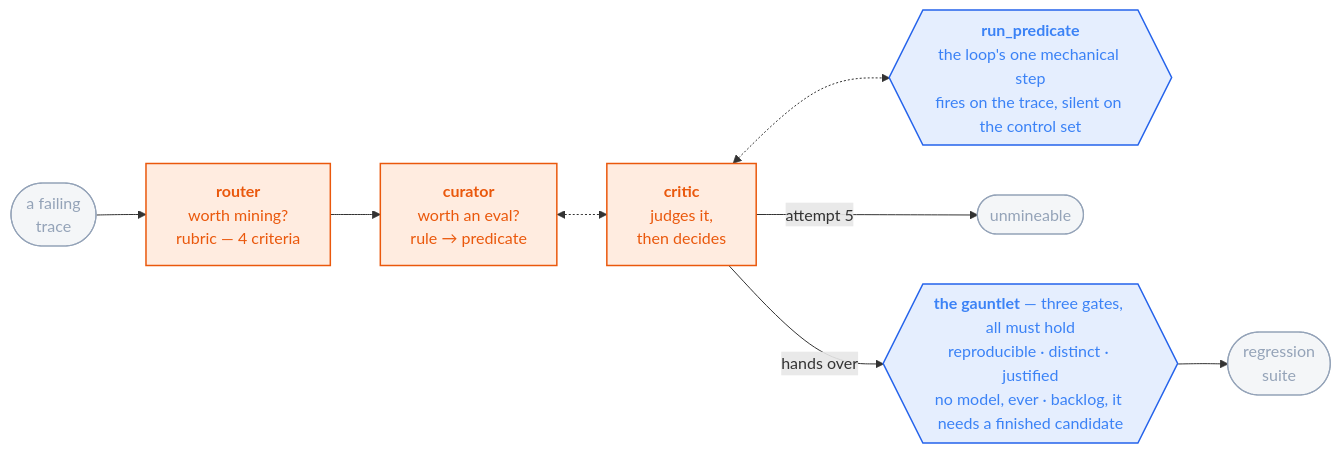
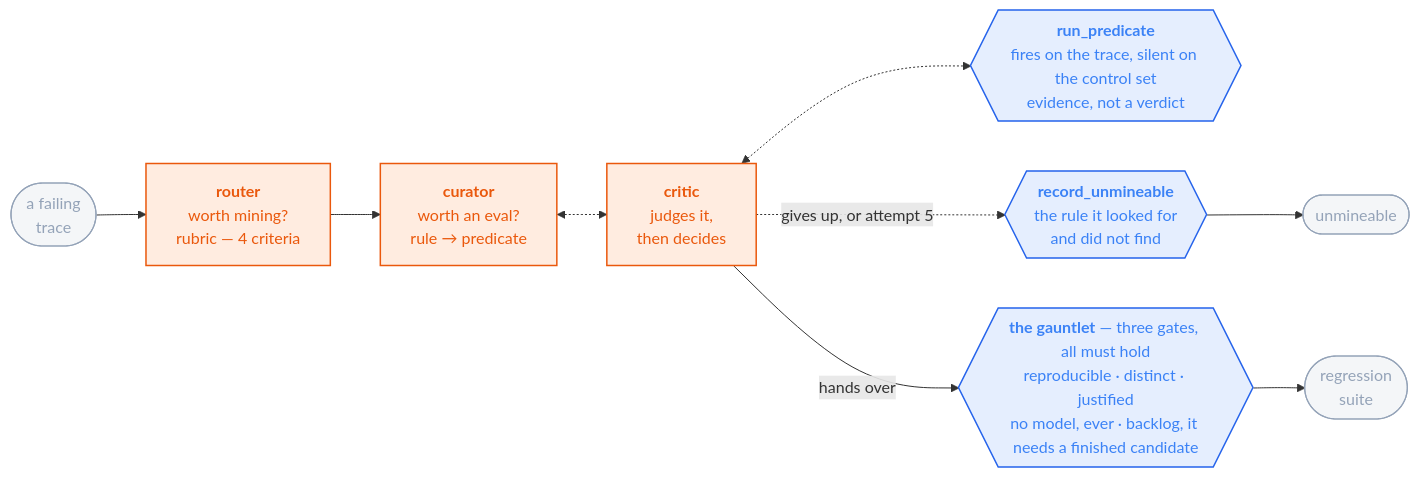
The diagram in README.md (sandeepyadav1478/touchstone), drawn with Mermaid before and after one commit. The commit also changed other lines of this file and 4 other files, not shown here.

First line of the commit message:
D-089: unmineable is the critic's second tool, not a node

````diff
--- a/README.md
+++ b/README.md
@@ -80,17 +80,18 @@
 ```mermaid
 flowchart LR
   T(["a failing<br/>trace"]) --> R["<b>router</b><br/>worth mining?<br/>rubric — 4 criteria"]
   R --> CU["<b>curator</b><br/>worth an eval?<br/>rule → predicate"]
   CU <-.-> CR["<b>critic</b><br/>judges it,<br/>then decides"]
-  CR <-.-> RP{{"<b>run_predicate</b><br/>the loop's one mechanical step<br/>fires on the trace, silent on the control set"}}
-  CR -->|"attempt 5"| U(["unmineable"])
+  CR <-.-> RP{{"<b>run_predicate</b><br/>fires on the trace, silent on the control set<br/>evidence, not a verdict"}}
+  CR -.->|"gives up, or attempt 5"| RU{{"<b>record_unmineable</b><br/>the rule it looked for<br/>and did not find"}}
+  RU --> U(["unmineable"])
   CR -->|"hands over"| AD{{"<b>the gauntlet</b> — three gates, all must hold<br/>reproducible · distinct · justified<br/>no model, ever · backlog, it needs a finished candidate"}}
   AD --> S(["regression<br/>suite"])
 
   classDef m fill:#f9731622,stroke:#ea580c,stroke-width:1.5px,color:#ea580c
   classDef d fill:#3b82f622,stroke:#2563eb,stroke-width:1.5px,color:#3b82f6
   classDef io fill:#94a3b81a,stroke:#94a3b8,stroke-width:1.2px,color:#94a3b8
   class R,CU,CR m
-  class RP,AD d
+  class RP,RU,AD d
   class T,S,U io
 ```
````
